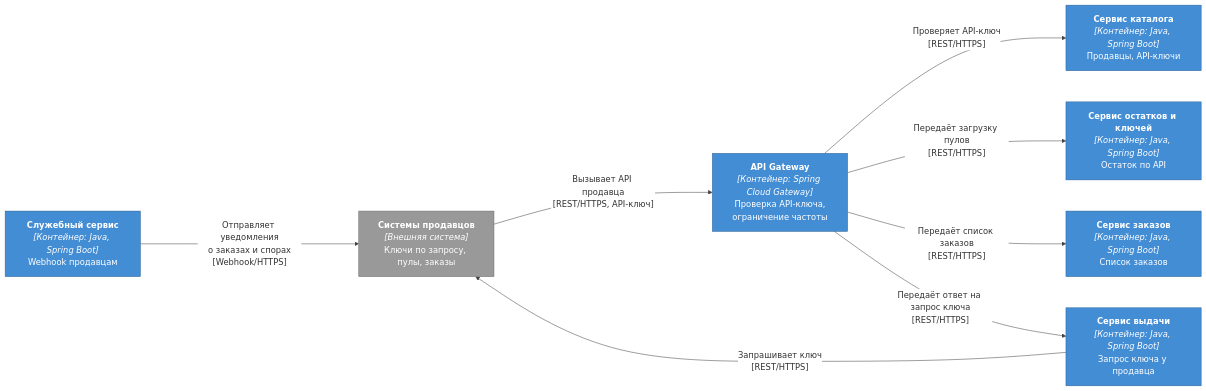
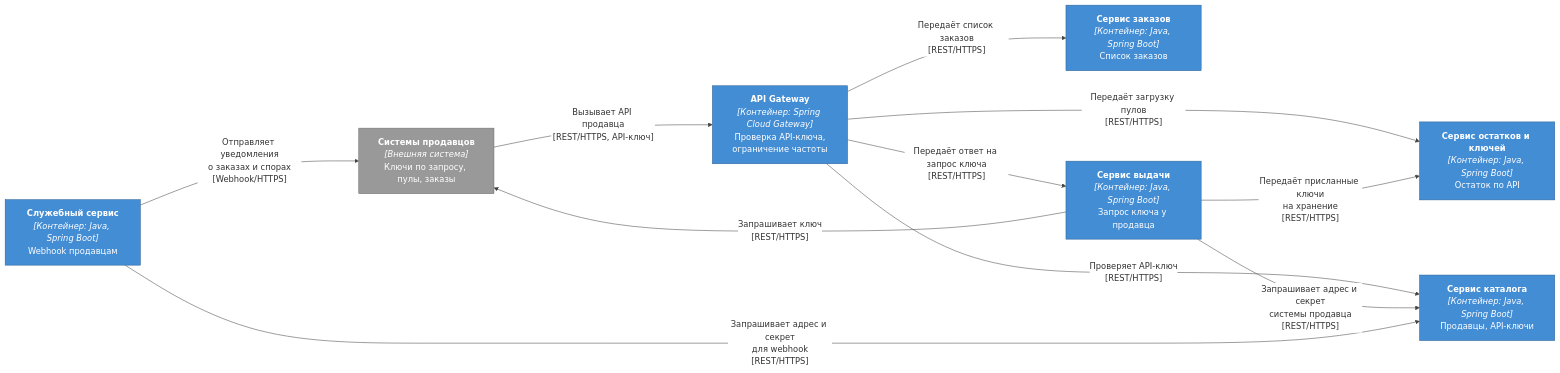
Before and after one commit to Lapin143/digital-goods-marketplace: the eighth of 9 diagrams in docs/05-architecture/c4-containers.md, drawn with Mermaid. The commit also changed other lines of this file and 49 other files, not shown here.

First line of the commit message:
docs(r2): контракты и модель среза 1, ADR-027, ADR-028, диаграмма выдачи по запросу

````diff
--- a/docs/05-architecture/c4-containers.md
+++ b/docs/05-architecture/c4-containers.md
@@ -371,24 +371,27 @@
 ```mermaid
 %%{init: {"theme":"base","themeVariables":{"edgeLabelBackground":"#ffffff","lineColor":"#444444"},"flowchart": {"nodeSpacing": 60, "rankSpacing": 220, "curve": "basis"}}}%%
 flowchart LR
     seller-systems["<b>Системы продавцов</b><br/><i>[Внешняя система]</i><br/>Ключи по запросу, пулы, заказы"]
     api-gateway["<b>API Gateway</b><br/><i>[Контейнер: Spring Cloud Gateway]</i><br/>Проверка API-ключа,<br/>ограничение частоты"]
     catalog-service["<b>Сервис каталога</b><br/><i>[Контейнер: Java, Spring Boot]</i><br/>Продавцы, API-ключи"]
     inventory-service["<b>Сервис остатков и ключей</b><br/><i>[Контейнер: Java, Spring Boot]</i><br/>Остаток по API"]
     order-service["<b>Сервис заказов</b><br/><i>[Контейнер: Java, Spring Boot]</i><br/>Список заказов"]
     delivery-service["<b>Сервис выдачи</b><br/><i>[Контейнер: Java, Spring Boot]</i><br/>Запрос ключа у продавца"]
     platform-service["<b>Служебный сервис</b><br/><i>[Контейнер: Java, Spring Boot]</i><br/>Webhook продавцам"]
 
     seller-systems -->|"Вызывает API продавца<br/>[REST/HTTPS, API-ключ]"| api-gateway
     api-gateway -->|"Проверяет API-ключ<br/>[REST/HTTPS]"| catalog-service
     api-gateway -->|"Передаёт загрузку пулов<br/>[REST/HTTPS]"| inventory-service
     api-gateway -->|"Передаёт список заказов<br/>[REST/HTTPS]"| order-service
     api-gateway -->|"Передаёт ответ на запрос ключа<br/>[REST/HTTPS]"| delivery-service
     delivery-service -->|"Запрашивает ключ<br/>[REST/HTTPS]"| seller-systems
     platform-service -->|"Отправляет уведомления<br/>о заказах и спорах<br/>[Webhook/HTTPS]"| seller-systems
+    delivery-service -->|"Запрашивает адрес и секрет<br/>системы продавца<br/>[REST/HTTPS]"| catalog-service
+    delivery-service -->|"Передаёт присланные ключи<br/>на хранение<br/>[REST/HTTPS]"| inventory-service
+    platform-service -->|"Запрашивает адрес и секрет<br/>для webhook<br/>[REST/HTTPS]"| catalog-service
 
     classDef container fill:#438dd5,stroke:#2e6295,color:#ffffff
     classDef ext fill:#999999,stroke:#6b6b6b,color:#ffffff
     class api-gateway,catalog-service,inventory-service,order-service,delivery-service,platform-service container
     class seller-systems ext
 ```
````
